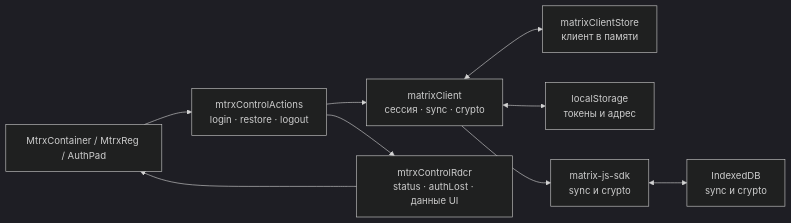
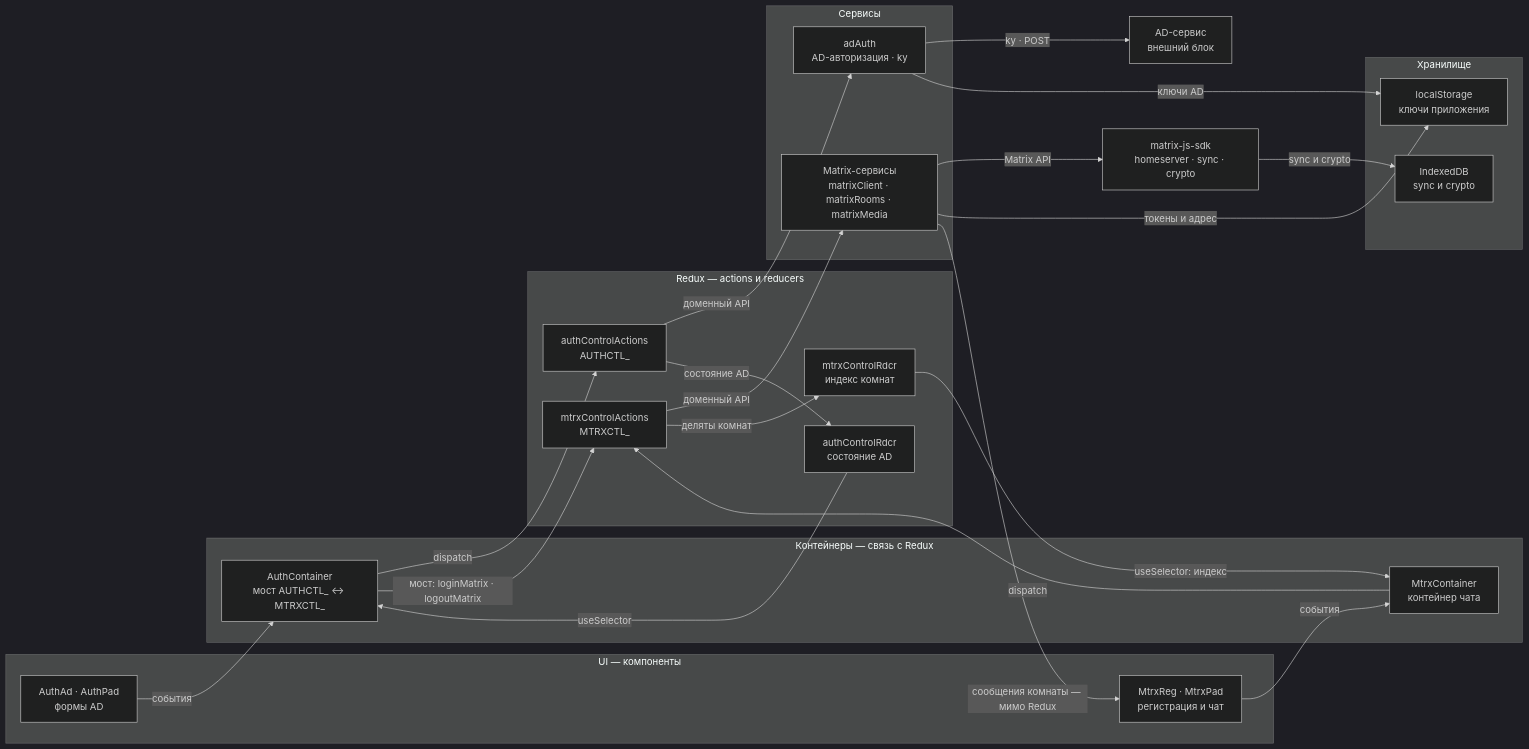
Before and after one commit to ars-anosov/matrix-react: the first of 4 diagrams in docs/STATE.md, drawn with Mermaid (dark theme). The commit also changed other lines of this file and 30 other files, not shown here.

````diff
--- a/docs/STATE.md
+++ b/docs/STATE.md
@@ -38,11 +8,42 @@
 ```mermaid
 flowchart LR
-  UI["MtrxContainer / MtrxReg / AuthPad"] --> Act["mtrxControlActions<br/>login · restore · logout"]
-  Act --> Client["matrixClient<br/>сессия · sync · crypto"]
-  Client <--> Instance["matrixClientStore<br/>клиент в памяти"]
-  Client <--> LS["localStorage<br/>токены и адрес"]
-  Client --> SDK["matrix-js-sdk<br/>sync и crypto"]
-  SDK <--> IDB["IndexedDB<br/>sync и crypto"]
-  Act --> Redux["mtrxControlRdcr<br/>status · authLost · данные UI"]
-  Redux --> UI
+  subgraph UI["UI — компоненты"]
+    ViewAd["AuthAd · AuthPad<br/>формы AD"]
+    ViewMtrx["MtrxReg · MtrxPad<br/>регистрация и чат"]
+  end
+  subgraph CT["Контейнеры — связь с Redux"]
+    Bridge["AuthContainer<br/>мост AUTHCTL_ ↔ MTRXCTL_"]
+    MtrxCnt["MtrxContainer<br/>контейнер чата"]
+  end
+  subgraph RX["Redux — actions и reducers"]
+    AdAct["authControlActions<br/>AUTHCTL_"]
+    AdStore["authControlRdcr<br/>состояние AD"]
+    MtrxAct["mtrxControlActions<br/>MTRXCTL_"]
+    MtrxStore["mtrxControlRdcr<br/>индекс комнат"]
+  end
+  subgraph SV["Сервисы"]
+    AdSvc["adAuth<br/>AD-авторизация · ky"]
+    MtrxSvc["Matrix-сервисы<br/>matrixClient · matrixRooms · matrixMedia"]
+  end
+  subgraph ST["Хранилище"]
+    Ls["localStorage<br/>ключи приложения"]
+    Idb["IndexedDB<br/>sync и crypto"]
+  end
+  ViewAd -->|события| Bridge
+  Bridge -->|dispatch| AdAct
+  AdAct -->|доменный API| AdSvc
+  AdSvc -->|ky · POST| AdRes["AD-сервис<br/>внешний блок"]
+  AdAct -->|состояние AD| AdStore
+  AdStore -->|useSelector| Bridge
+  AdSvc -->|ключи AD| Ls
+  ViewMtrx -->|события| MtrxCnt
+  MtrxCnt -->|dispatch| MtrxAct
+  MtrxAct -->|доменный API| MtrxSvc
+  MtrxSvc -->|Matrix API| Sdk["matrix-js-sdk<br/>homeserver · sync · crypto"]
+  MtrxAct -->|деляты комнат| MtrxStore
+  MtrxStore -->|useSelector: индекс| MtrxCnt
+  MtrxSvc -->|токены и адрес| Ls
+  Sdk -->|sync и crypto| Idb
+  MtrxSvc -->|сообщения комнаты — мимо Redux| ViewMtrx
+  Bridge -->|мост: loginMatrix · logoutMatrix| MtrxAct
 ```
````
